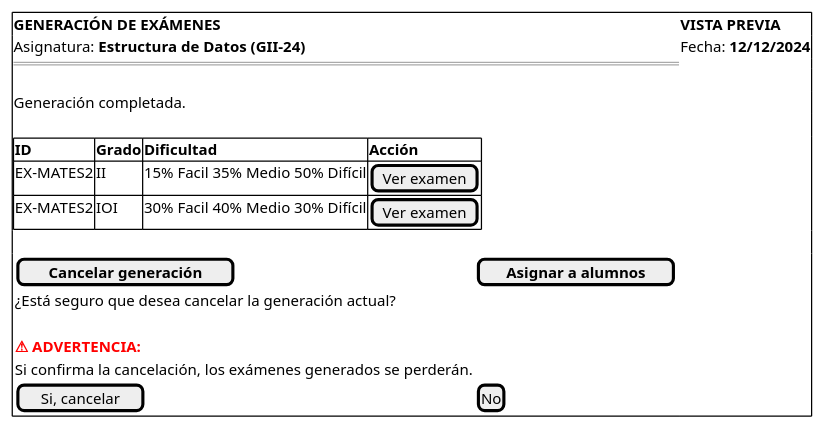
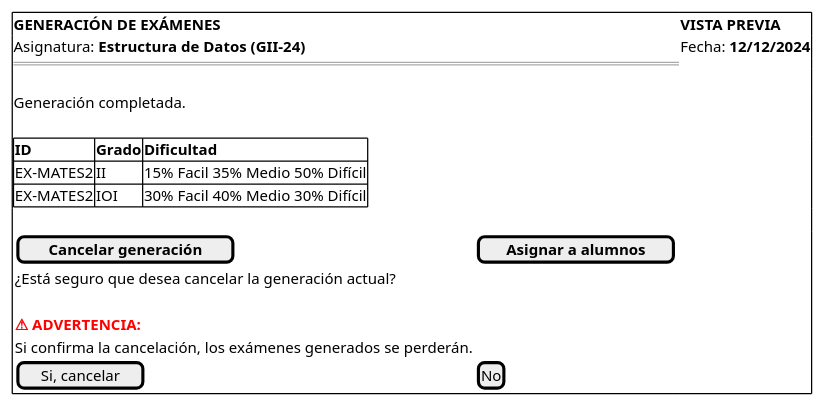
One commit to martinlopez7/25-26-IdSw1-SdR changed the diagram in documents/casos-de-uso/prototipadoCasosDeUso/cancelarGeneracion/cancelarGeneracion.puml. Above: the diagram before and after it, drawn with PlantUML. The commit also changed 25 other files, not shown here.

```diff
--- a/documents/casos-de-uso/prototipadoCasosDeUso/cancelarGeneracion/cancelarGeneracion.puml
+++ b/documents/casos-de-uso/prototipadoCasosDeUso/cancelarGeneracion/cancelarGeneracion.puml
@@ -1,28 +1,28 @@
 @startsalt cancelarGeneracion_WIREFRAME
 {+
     <b>GENERACIÓN DE EXÁMENES | <b>VISTA PREVIA</b>
     Asignatura: <b>Estructura de Datos (GII-24)</b> | Fecha: <b>12/12/2024</b>
     ===
     .
     Generación completada. 
     .
     {#
-        <b>ID</b> | <b>Grado</b> | <b>Dificultad</b> | <b>Acción</b>
-        EX-MATES2 | II | 15% Facil 35% Medio 50% Difícil | [Ver examen]
-        EX-MATES2 | IOI | 30% Facil 40% Medio 30% Difícil | [Ver examen]
+        <b>ID</b> | <b>Grado</b> | <b>Dificultad</b>
+        EX-MATES2 | II | 15% Facil 35% Medio 50% Difícil
+        EX-MATES2 | IOI | 30% Facil 40% Medio 30% Difícil
     }
     .
     {
     
         [ <b>Cancelar generación</b> ] | [ <b>Asignar a alumnos</b> ]
         
         ¿Está seguro que desea cancelar la generación actual?
         .
         <color:red><b>⚠ ADVERTENCIA:</b></color>
         Si confirma la cancelación, los exámenes generados se perderán.
         
         [Si, cancelar] | [No]
         
     }
 }
 @endsalt
```
